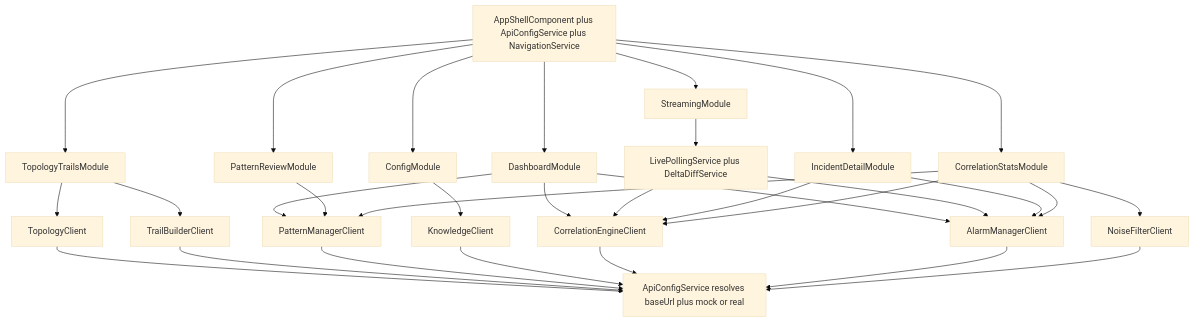
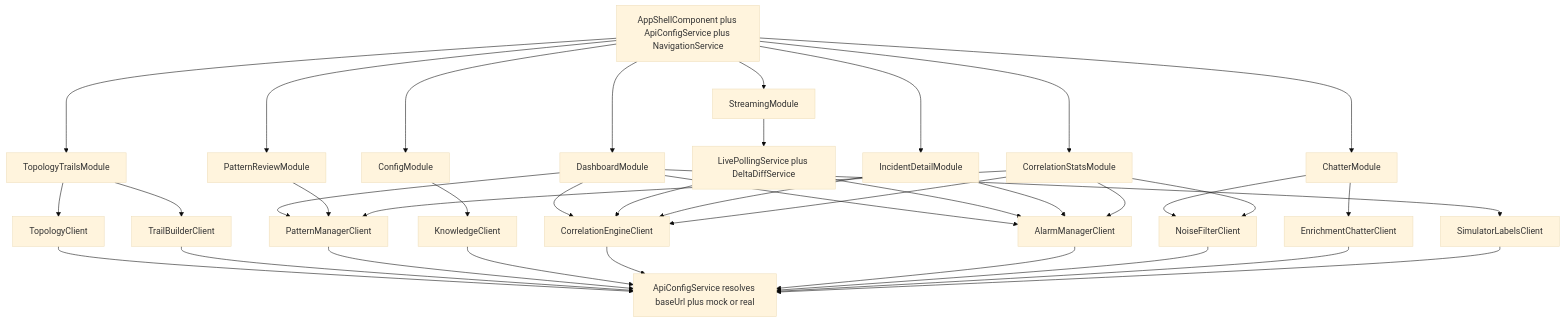
Before and after one commit to nikhilmohan/correlation-platform: the first of 15 diagrams in services/web-ui/design.md, drawn with Mermaid (base theme). The commit also changed other lines of this file, not shown here.

````diff
--- a/services/web-ui/design.md
+++ b/services/web-ui/design.md
@@ -167,34 +226,40 @@
 ```mermaid
 flowchart TD
   Shell[AppShellComponent plus ApiConfigService plus NavigationService]
   Shell --> DB[DashboardModule]
   Shell --> ST[StreamingModule]
   Shell --> ID[IncidentDetailModule]
   Shell --> TT[TopologyTrailsModule]
   Shell --> PR[PatternReviewModule]
   Shell --> CFG[ConfigModule]
   Shell --> CS[CorrelationStatsModule]
+  Shell --> CH[ChatterModule]
   DB --> CEC[CorrelationEngineClient]
   DB --> PMC[PatternManagerClient]
   DB --> AMC[AlarmManagerClient]
+  DB --> SLC[SimulatorLabelsClient]
+  CH --> NFC[NoiseFilterClient]
+  CH --> ECC[EnrichmentChatterClient]
   ST --> LPS[LivePollingService plus DeltaDiffService]
   LPS --> AMC
   LPS --> CEC
   ID --> CEC
   ID --> AMC
   TT --> TC[TopologyClient]
   TT --> TBC[TrailBuilderClient]
   PR --> PMC
   CFG --> KC[KnowledgeClient]
   CS --> CEC
   CS --> AMC
   CS --> PMC
-  CS --> NFC[NoiseFilterClient]
+  CS --> NFC
   TC --> Resolve[ApiConfigService resolves baseUrl plus mock or real]
   TBC --> Resolve
   PMC --> Resolve
   KC --> Resolve
   CEC --> Resolve
   AMC --> Resolve
   NFC --> Resolve
+  ECC --> Resolve
+  SLC --> Resolve
 ```
````
